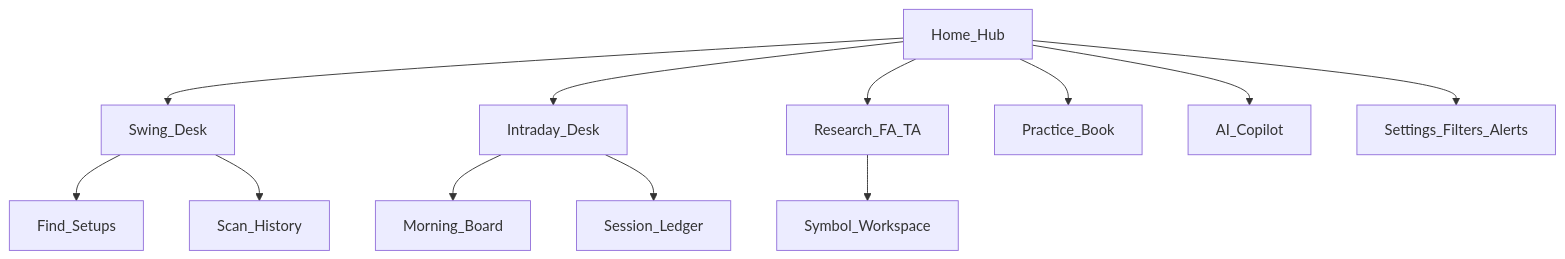
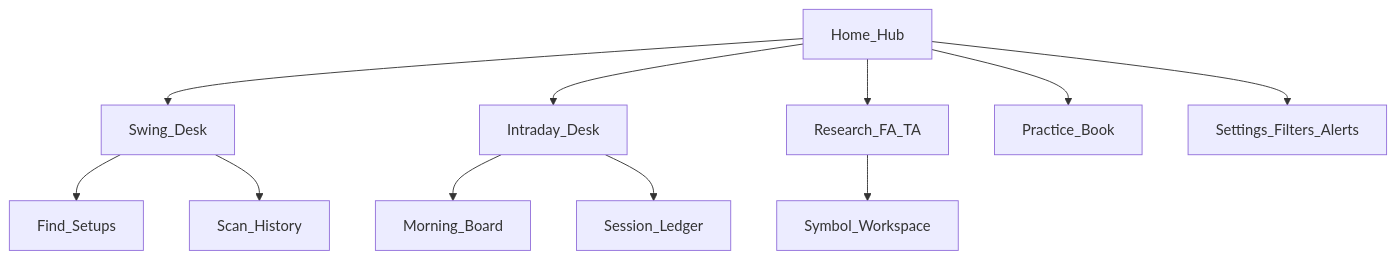
The first of 7 diagrams in docs/TRADEPILOT_PRODUCT_USE_CASES.md (AnythingEverything-Git/swing-trading-assistant), drawn with Mermaid before and after one commit. The commit also changed other lines of this file and 84 other files, not shown here.

````diff
--- a/docs/TRADEPILOT_PRODUCT_USE_CASES.md
+++ b/docs/TRADEPILOT_PRODUCT_USE_CASES.md
@@ -55,15 +55,14 @@
 ```mermaid
 flowchart TB
   Home[Home_Hub]
   Home --> Swing[Swing_Desk]
   Home --> Intraday[Intraday_Desk]
   Home --> Research[Research_FA_TA]
   Home --> Book[Practice_Book]
-  Home --> AI[AI_Copilot]
   Home --> Settings[Settings_Filters_Alerts]
   Swing --> Find[Find_Setups]
   Swing --> History[Scan_History]
   Intraday --> Board[Morning_Board]
   Intraday --> Ledger[Session_Ledger]
   Research --> Symbol[Symbol_Workspace]
 ```
````
